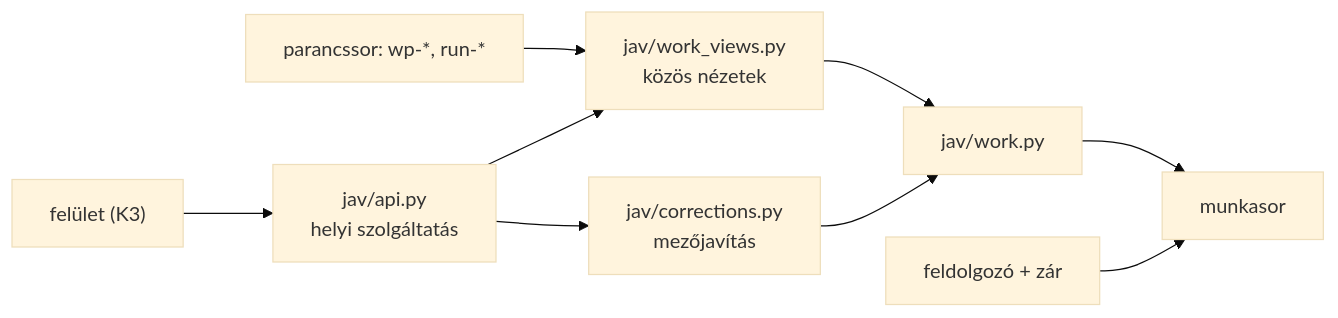
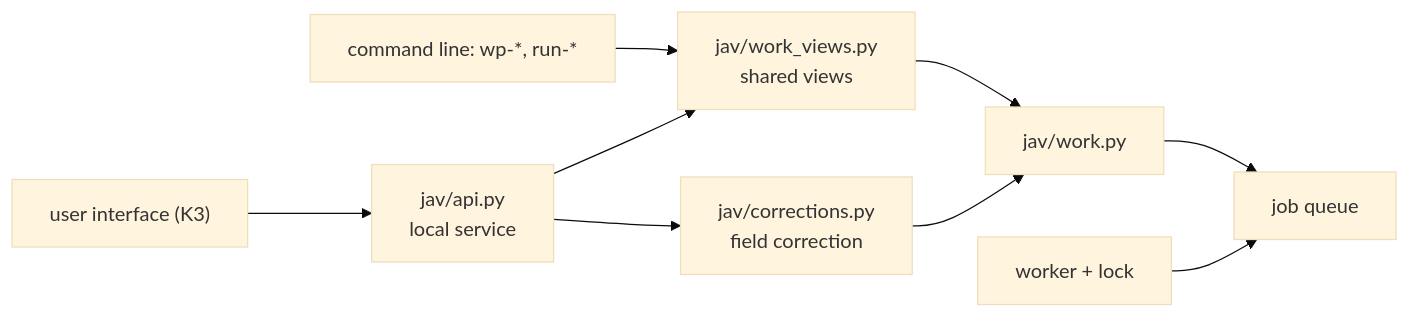
The second of 4 diagrams in docs/ARCHITECTURE.md (kassaiattila/58_JEV_AI), drawn with Mermaid (base theme) before and after one commit. The commit also changed other lines of this file and 15 other files, not shown here.

````diff
--- a/docs/ARCHITECTURE.md
+++ b/docs/ARCHITECTURE.md
@@ -182,11 +212,11 @@
 ```mermaid
 flowchart LR
-  UI["felület (K3)"] --> API[jav/api.py<br/>helyi szolgáltatás]
-  CLI[parancssor: wp-*, run-*] --> VIEWS
-  API --> VIEWS[jav/work_views.py<br/>közös nézetek]
-  API --> CORR[jav/corrections.py<br/>mezőjavítás]
+  UI["user interface (K3)"] --> API[jav/api.py<br/>local service]
+  CLI[command line: wp-*, run-*] --> VIEWS
+  API --> VIEWS[jav/work_views.py<br/>shared views]
+  API --> CORR[jav/corrections.py<br/>field correction]
   VIEWS --> WORK[jav/work.py]
   CORR --> WORK
-  WORK --> Q[munkasor]
-  W[feldolgozó + zár] --> Q
+  WORK --> Q[job queue]
+  W[worker + lock] --> Q
 ```
````
